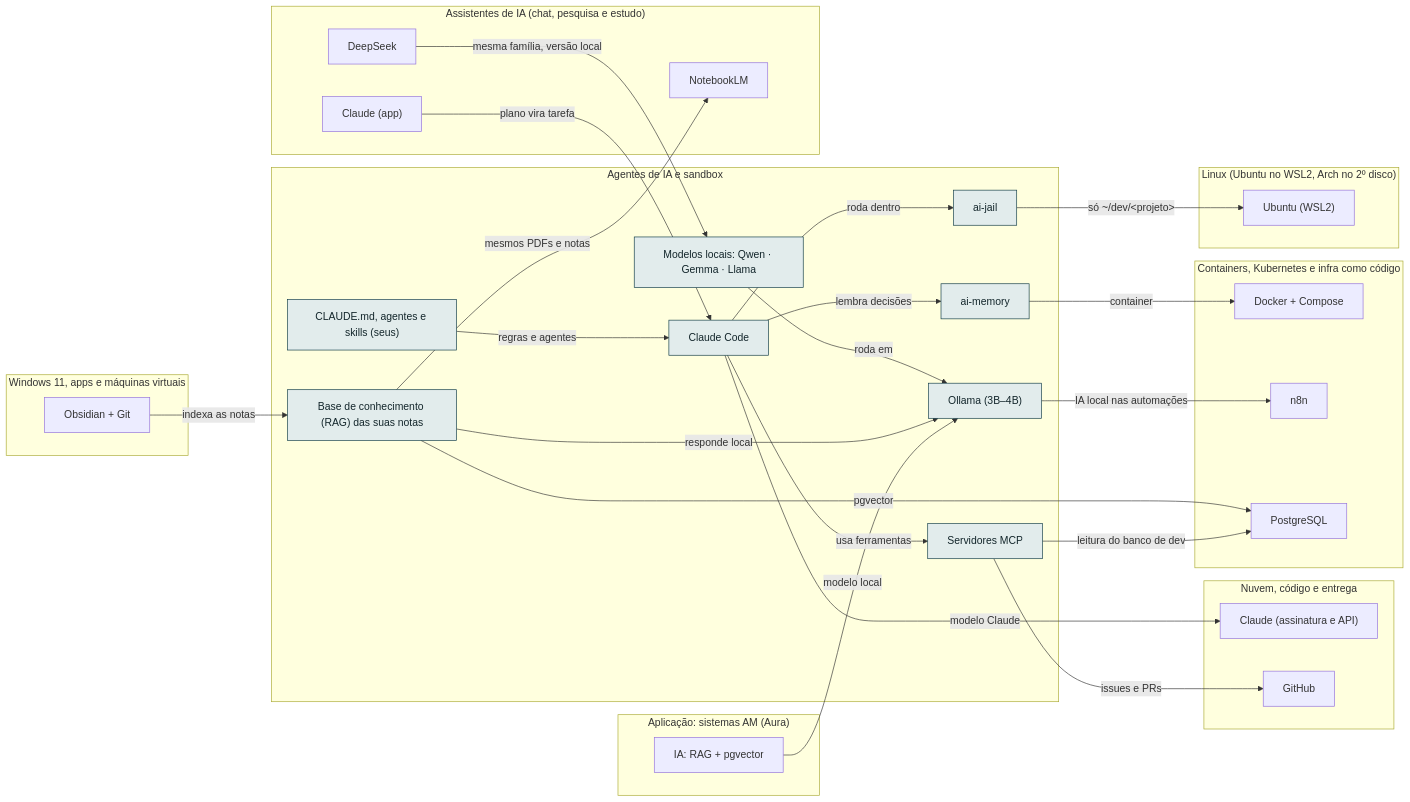
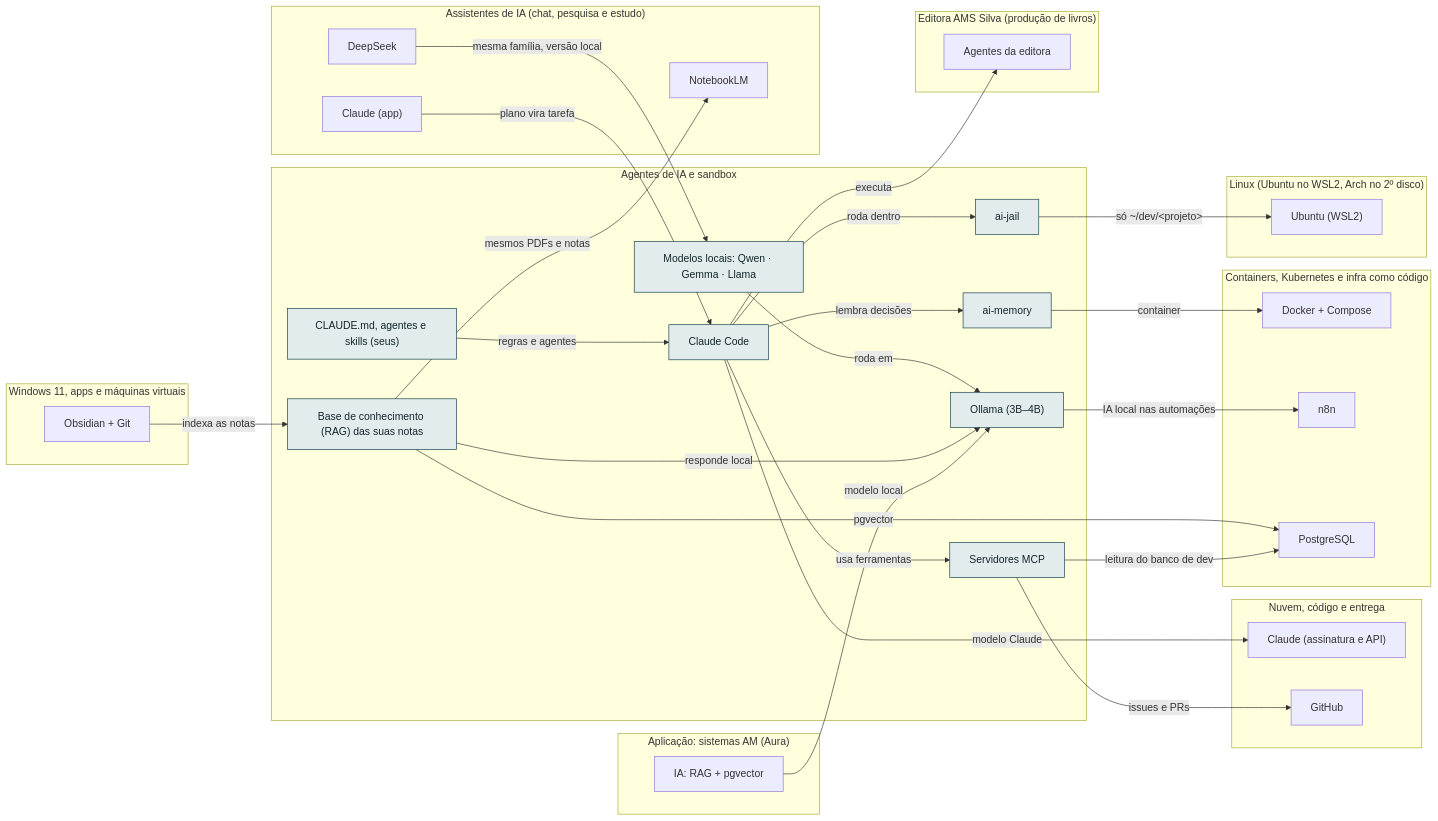
The diagram in docs/camadas/05-ia.md (AlanMateus17/dev-setup), drawn with Mermaid before and after one commit. The commit also changed other lines of this file and 39 other files, not shown here.

First line of the commit message:
feat: Editora AMS Silva dentro do setup

````diff
--- a/docs/camadas/05-ia.md
+++ b/docs/camadas/05-ia.md
@@ -14,56 +14,60 @@
 ```mermaid
 flowchart LR
   subgraph L_ia["Agentes de IA e sandbox"]
     n_lmods["Modelos locais: Qwen · Gemma · Llama"]
     n_rag["Base de conhecimento (RAG) das suas notas"]
     n_cc["Claude Code"]
     n_jail["ai-jail"]
     n_mem["ai-memory"]
     n_mcp["Servidores MCP"]
     n_kit["CLAUDE.md, agentes e skills (seus)"]
     n_oll["Ollama (3B–4B)"]
+  end
+  subgraph L_editora["Editora AMS Silva (produção de livros)"]
+    n_bagentes["Agentes da editora"]
   end
   subgraph L_nuvem["Nuvem, código e entrega"]
     n_anth["Claude (assinatura e API)"]
     n_gh["GitHub"]
   end
   subgraph L_app["Aplicação: sistemas AM (Aura)"]
     n_ai["IA: RAG + pgvector"]
   end
   subgraph L_cnt["Containers, Kubernetes e infra como código"]
     n_docker["Docker + Compose"]
     n_n8n["n8n"]
     n_pg["PostgreSQL"]
   end
   subgraph L_chat["Assistentes de IA (chat, pesquisa e estudo)"]
     n_capp2["Claude (app)"]
     n_ds["DeepSeek"]
     n_nblm["NotebookLM"]
   end
   subgraph L_lin["Linux (Ubuntu no WSL2, Arch no 2º disco)"]
     n_wsl["Ubuntu (WSL2)"]
   end
   subgraph L_win["Windows 11, apps e máquinas virtuais"]
     n_obsd["Obsidian + Git"]
   end
   n_lmods -->|"roda em"| n_oll
   n_ds -->|"mesma família, versão local"| n_lmods
   n_rag -->|"responde local"| n_oll
   n_rag -->|"pgvector"| n_pg
   n_rag -->|"mesmos PDFs e notas"| n_nblm
   n_obsd -->|"indexa as notas"| n_rag
   n_cc -->|"roda dentro"| n_jail
   n_cc -->|"lembra decisões"| n_mem
   n_cc -->|"usa ferramentas"| n_mcp
   n_cc -->|"modelo Claude"| n_anth
+  n_cc -->|"executa"| n_bagentes
   n_kit -->|"regras e agentes"| n_cc
   n_capp2 -->|"plano vira tarefa"| n_cc
   n_jail -->|"só ~/dev/#lt;projeto#gt;"| n_wsl
   n_mem -->|"container"| n_docker
   n_mcp -->|"issues e PRs"| n_gh
   n_mcp -->|"leitura do banco de dev"| n_pg
   n_oll -->|"IA local nas automações"| n_n8n
   n_ai -->|"modelo local"| n_oll
   classDef desta fill:#e2ecec,stroke:#0e3a45,color:#13262b
   class n_lmods,n_rag,n_cc,n_jail,n_mem,n_mcp,n_kit,n_oll desta
 ```
````
